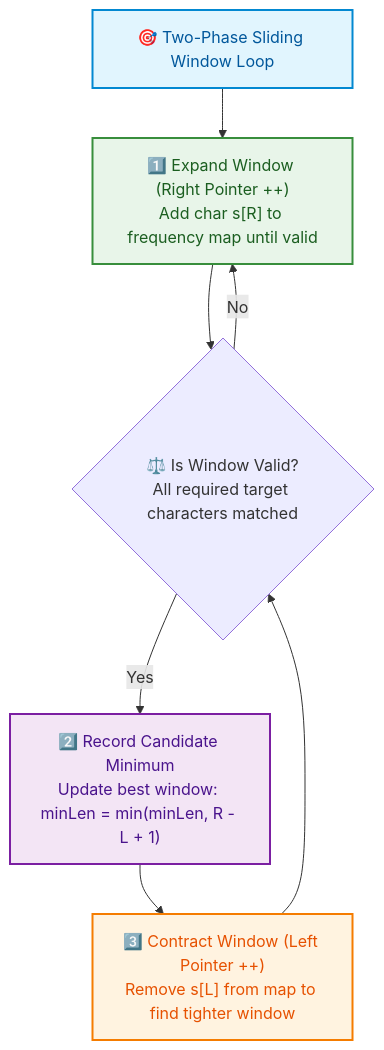
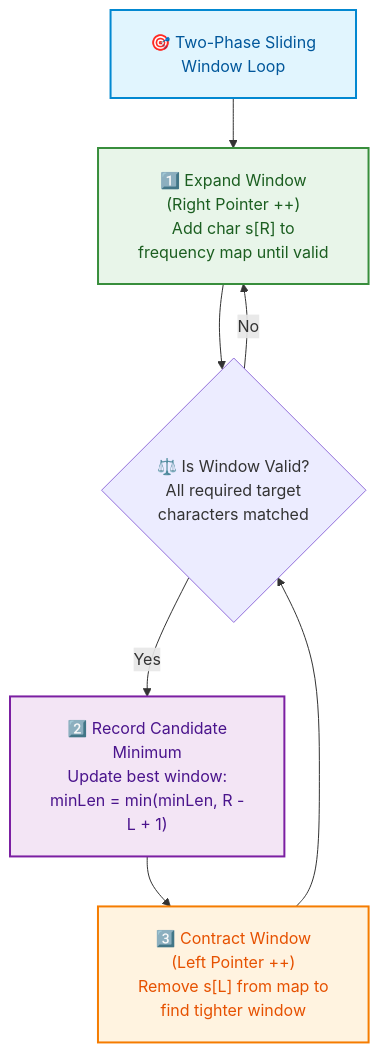
The third of 6 diagrams in week_04_core_problem_solving_patterns_i/Week_04_Visual_Concepts_Playbook_HYBRID.md (dip4k/DSA_102), drawn with Mermaid before and after one commit. The commit also changed other lines of this file and 108 other files, not shown here.

First line of the commit message:
fix(mermaid): resolve diagram clipping, padding, and syntax issues across repo

````diff
--- a/week_04_core_problem_solving_patterns_i/Week_04_Visual_Concepts_Playbook_HYBRID.md
+++ b/week_04_core_problem_solving_patterns_i/Week_04_Visual_Concepts_Playbook_HYBRID.md
@@ -380,15 +382,16 @@
 ```mermaid
+%%{init: {"flowchart": {"htmlLabels": true, "padding": 20}}}%%
 flowchart TD
     classDef phase fill:#e1f5fe,stroke:#0288d1,color:#01579b,stroke-width:2px;
     classDef expand fill:#e8f5e9,stroke:#388e3c,color:#1b5e20,stroke-width:2px;
     classDef contract fill:#fff3e0,stroke:#f57c00,color:#e65100,stroke-width:2px;
     classDef update fill:#f3e5f5,stroke:#7b1fa2,color:#4a148c,stroke-width:2px;
 
-    S["🎯 Two-Phase Sliding Window Loop"]:::phase
-    S --> E["1️⃣ Expand Window (Right Pointer ++)<br/>Add char s[R] to frequency map until valid"]:::expand
-    E --> C{"⚖️ Is Window Valid?<br/>All required target characters matched"}
+    S["🎯 Two-Phase Sliding<br/>Window Loop"]:::phase
+    S --> E["1️⃣ Expand Window<br/>(Right Pointer ++)<br/>Add char s[R] to<br/>frequency map until valid"]:::expand
+    E --> C{"⚖️ Is Window Valid?<br/>All required target<br/>characters matched"}
     C -->|No| E
-    C -->|Yes| U["2️⃣ Record Candidate Minimum<br/>Update best window: minLen = min(minLen, R - L + 1)"]:::update
-    U --> K["3️⃣ Contract Window (Left Pointer ++)<br/>Remove s[L] from map to find tighter window"]:::contract
+    C -->|Yes| U["2️⃣ Record Candidate<br/>Minimum<br/>Update best window:<br/>minLen = min(minLen, R -<br/>L + 1)"]:::update
+    U --> K["3️⃣ Contract Window<br/>(Left Pointer ++)<br/>Remove s[L] from map to<br/>find tighter window"]:::contract
     K --> C
 ```
````
